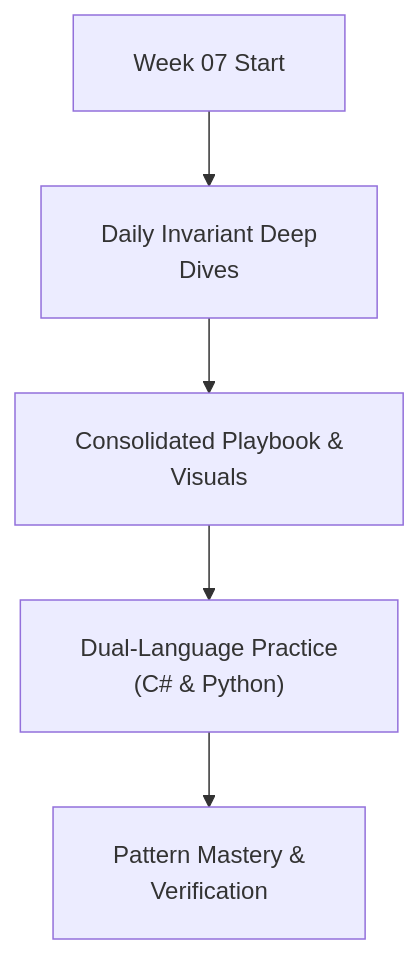
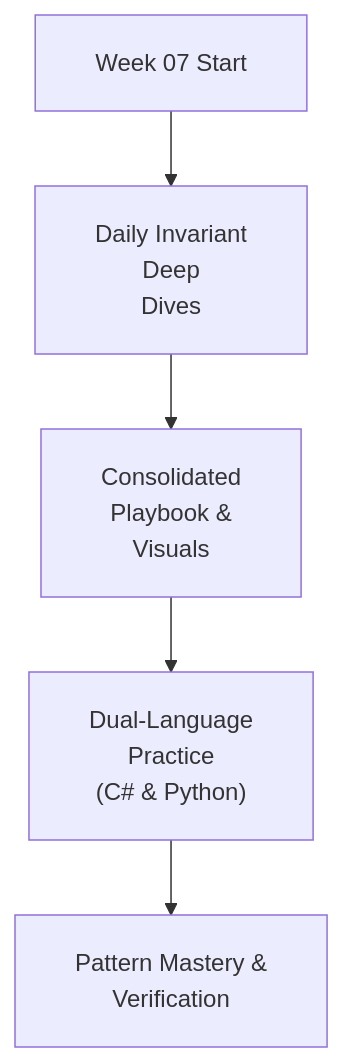
The diagram in week_07_trees_and_balanced_search_trees/README.md (dip4k/DSA_102), drawn with Mermaid before and after one commit. The commit also changed 106 other files, not shown here.

First line of the commit message:
fix(mermaid): prevent text clipping with foreignObject overflow and tighter line wrapping

````diff
--- a/week_07_trees_and_balanced_search_trees/README.md
+++ b/week_07_trees_and_balanced_search_trees/README.md
@@ -16,8 +16,8 @@
 ```mermaid
-%%{init: {"flowchart": {"htmlLabels": true, "padding": 20}}}%%
+%%{init: {"flowchart": {"htmlLabels": true, "padding": 20}, "themeCSS": "foreignObject { overflow: visible !important; }"}}%%
 flowchart TD
-    Start["Week 07 Start"] --> Daily["Daily Invariant Deep<br/>Dives"]
-    Daily --> Playbook["Consolidated Playbook &<br/>Visuals"]
-    Playbook --> DualLang["Dual-Language Practice<br/>(C# & Python)"]
+    Start["Week 07 Start"] --> Daily["Daily Invariant<br/>Deep<br/>Dives"]
+    Daily --> Playbook["Consolidated<br/>Playbook &<br/>Visuals"]
+    Playbook --> DualLang["Dual-Language<br/>Practice<br/>(C# & Python)"]
     DualLang --> Mastery["Pattern Mastery &<br/>Verification"]
 ```
````
